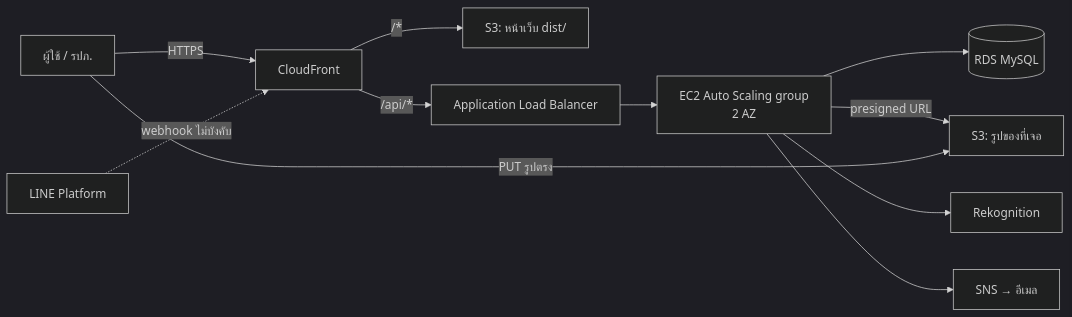
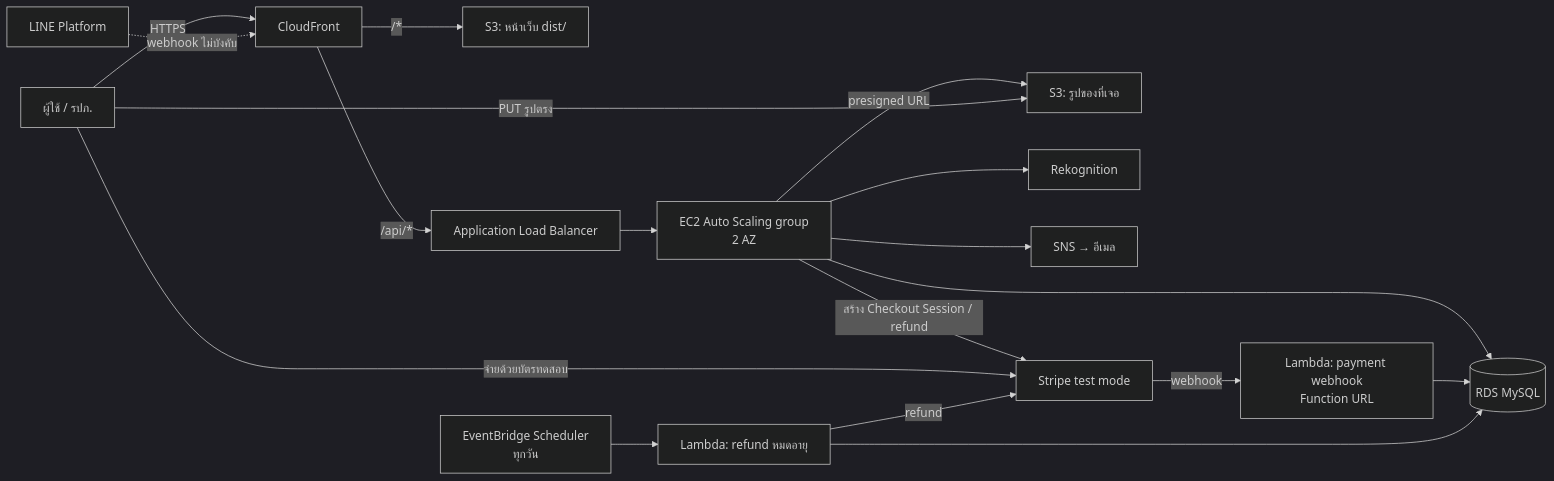
The first of 2 diagrams in docs/API_CONTRACT.md (darunpob/cs446_FinalProject), drawn with Mermaid (dark theme) before and after one commit. The commit also changed other lines of this file and 30 other files, not shown here.

First line of the commit message:
Add test-mode reward escrow for lost reports (contract v5)

````diff
--- a/docs/API_CONTRACT.md
+++ b/docs/API_CONTRACT.md
@@ -17,13 +26,20 @@
 ```mermaid
 graph LR
   U[ผู้ใช้ / รปภ.] -->|HTTPS| CF[CloudFront]
   CF -->|/*| S3W[S3: หน้าเว็บ dist/]
   CF -->|/api/*| ALB[Application Load Balancer]
   ALB --> ASG[EC2 Auto Scaling group<br/>2 AZ]
   ASG --> RDS[(RDS MySQL)]
   ASG -->|presigned URL| S3I[S3: รูปของที่เจอ]
   U -->|PUT รูปตรง| S3I
   ASG --> REK[Rekognition]
   ASG --> SNS[SNS → อีเมล]
   LINE[LINE Platform] -.->|webhook ไม่บังคับ| CF
+  ASG -->|สร้าง Checkout Session / refund| PAY[Stripe test mode]
+  U -->|จ่ายด้วยบัตรทดสอบ| PAY
+  PAY -->|webhook| LW[Lambda: payment webhook<br/>Function URL]
+  LW --> RDS
+  EB[EventBridge Scheduler<br/>ทุกวัน] --> LR[Lambda: refund หมดอายุ]
+  LR --> RDS
+  LR -->|refund| PAY
 ```
````
